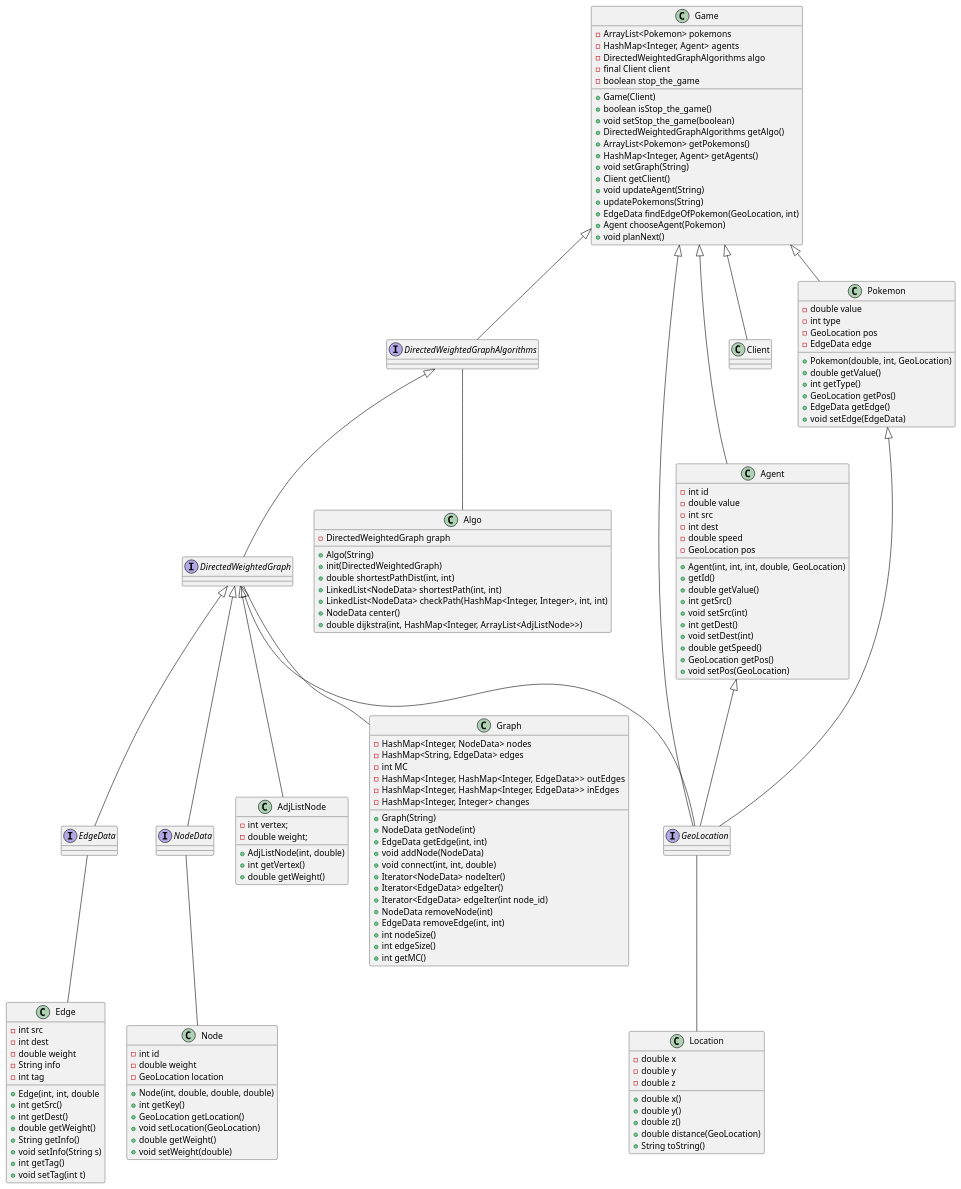
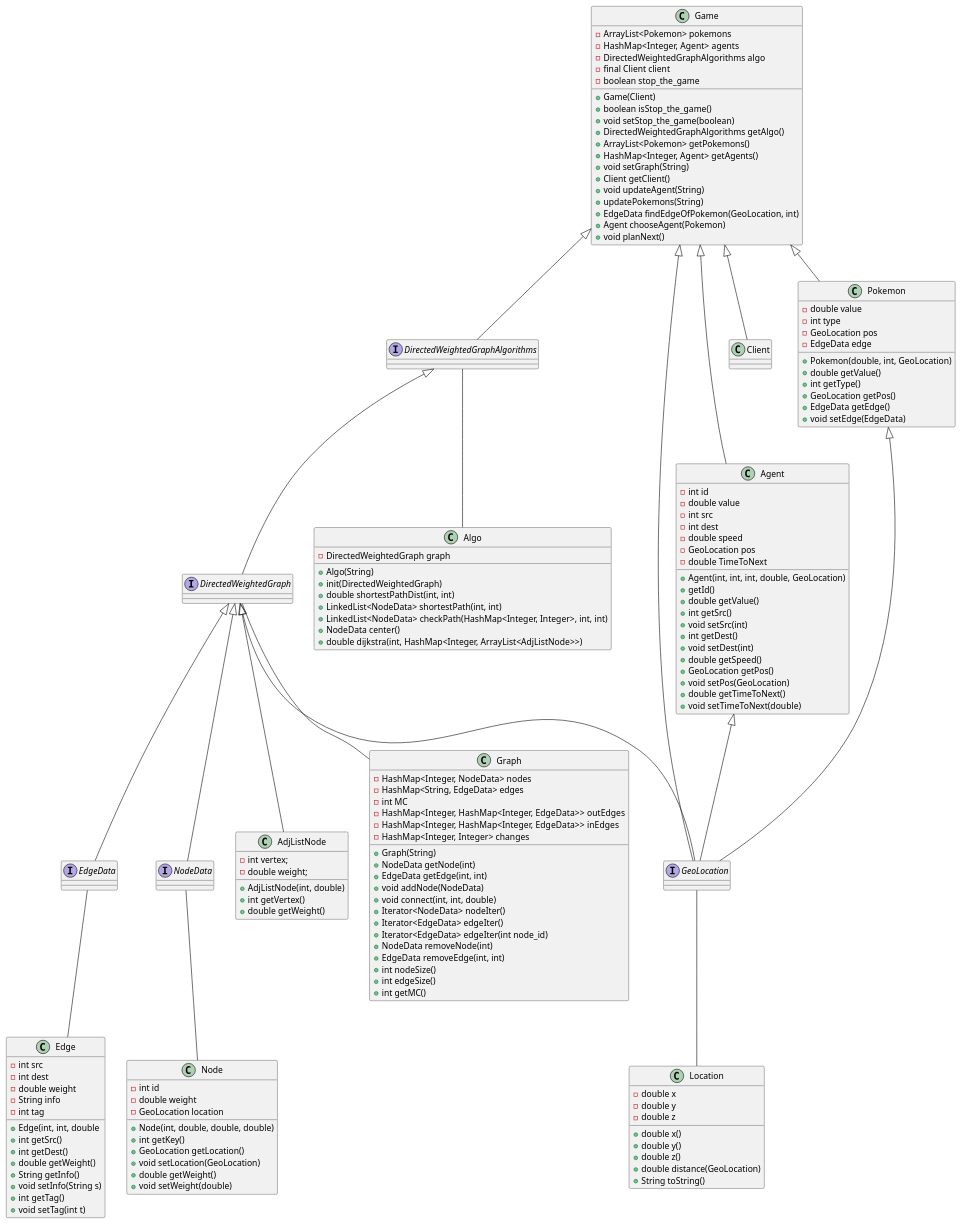
One commit to omerShahar1/oop_ex4 changed the diagram in UML.puml. Above: the diagram before and after it, drawn with PlantUML. The commit also changed 23 other files, not shown here.

```diff
--- a/UML.puml
+++ b/UML.puml
@@ -1,181 +1,185 @@
 @startuml
 'https://plantuml.com/class-diagram
 
 interface DirectedWeightedGraph
 interface DirectedWeightedGraphAlgorithms
 interface EdgeData
 interface GeoLocation
 interface NodeData
 class Algo
 class AdjListNode
 class Graph
 class Location
 class Node
 class Edge
 class Agent
 class Client
 class Pokemon
 class Game
 
 DirectedWeightedGraph -- Graph
 DirectedWeightedGraphAlgorithms -- Algo
 EdgeData -- Edge
 GeoLocation -- Location
 NodeData -- Node
 DirectedWeightedGraphAlgorithms <|-- DirectedWeightedGraph
 DirectedWeightedGraph <|-- EdgeData
 DirectedWeightedGraph <|-- NodeData
 DirectedWeightedGraph <|-- AdjListNode
 DirectedWeightedGraph <|-- GeoLocation
 Game <|-- Pokemon
 Game <|-- Agent
 Game <|-- Client
 Game <|-- DirectedWeightedGraphAlgorithms
 Game <|-- GeoLocation
 Pokemon <|-- GeoLocation
 Agent <|-- GeoLocation
 
 
 class AdjListNode
 {
     -int vertex;
     -double weight;
     +AdjListNode(int, double)
     +int getVertex()
     +double getWeight()
 }
 
 class Graph
 {
     -HashMap<Integer, NodeData> nodes
     -HashMap<String, EdgeData> edges
     -int MC
     -HashMap<Integer, HashMap<Integer, EdgeData>> outEdges
     -HashMap<Integer, HashMap<Integer, EdgeData>> inEdges
     -HashMap<Integer, Integer> changes
     +Graph(String)
     +NodeData getNode(int)
     +EdgeData getEdge(int, int)
     +void addNode(NodeData)
     +void connect(int, int, double)
     +Iterator<NodeData> nodeIter()
     +Iterator<EdgeData> edgeIter()
     +Iterator<EdgeData> edgeIter(int node_id)
     +NodeData removeNode(int)
     +EdgeData removeEdge(int, int)
     +int nodeSize()
     +int edgeSize()
     +int getMC()
 }
 
 class Algo
 {
     -DirectedWeightedGraph graph
     +Algo(String)
     +init(DirectedWeightedGraph)
     +double shortestPathDist(int, int)
     +LinkedList<NodeData> shortestPath(int, int)
     +LinkedList<NodeData> checkPath(HashMap<Integer, Integer>, int, int)
     +NodeData center()
     +double dijkstra(int, HashMap<Integer, ArrayList<AdjListNode>>)
 }
 
 class Edge
 {
     -int src
     -int dest
     -double weight
     -String info
     -int tag
     +Edge(int, int, double
     +int getSrc()
     +int getDest()
     +double getWeight()
     +String getInfo()
     +void setInfo(String s)
     +int getTag()
     +void setTag(int t)
 }
 
 class Node
 {
     -int id
     -double weight
     -GeoLocation location
     +Node(int, double, double, double)
     +int getKey()
     +GeoLocation getLocation()
     +void setLocation(GeoLocation)
     +double getWeight()
     +void setWeight(double)
 }
 
 class Location
 {
     -double x
     -double y
     -double z
     +double x()
     +double y()
     +double z()
     +double distance(GeoLocation)
     +String toString()
 }
 
 class Agent
 {
     -int id
     -double value
     -int src
     -int dest
     -double speed
     -GeoLocation pos
+    -double TimeToNext
     +Agent(int, int, int, double, GeoLocation)
     +getId()
     +double getValue()
     +int getSrc()
     +void setSrc(int)
     +int getDest()
     +void setDest(int)
     +double getSpeed()
     +GeoLocation getPos()
     +void setPos(GeoLocation)
+    +double getTimeToNext()
+    +void setTimeToNext(double)
 }
+
 
 class Pokemon
 {
     -double value
     -int type
     -GeoLocation pos
     -EdgeData edge
     +Pokemon(double, int, GeoLocation)
     +double getValue()
     +int getType()
     +GeoLocation getPos()
     +EdgeData getEdge()
     +void setEdge(EdgeData)
 }
 
 class Game
 {
     -ArrayList<Pokemon> pokemons
     -HashMap<Integer, Agent> agents
     -DirectedWeightedGraphAlgorithms algo
     -final Client client
     -boolean stop_the_game
     +Game(Client)
     +boolean isStop_the_game()
     +void setStop_the_game(boolean)
     +DirectedWeightedGraphAlgorithms getAlgo()
     +ArrayList<Pokemon> getPokemons()
     +HashMap<Integer, Agent> getAgents()
     +void setGraph(String)
     +Client getClient()
     +void updateAgent(String)
     +updatePokemons(String)
     +EdgeData findEdgeOfPokemon(GeoLocation, int)
     +Agent chooseAgent(Pokemon)
     +void planNext()
 }
 
 @enduml
```
